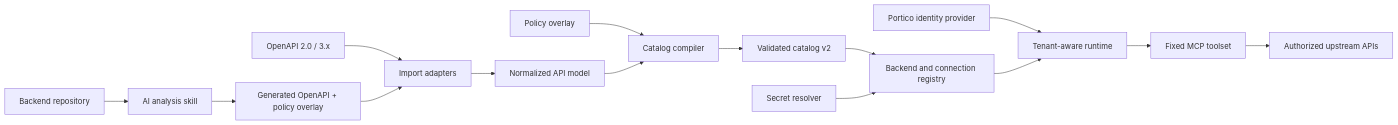
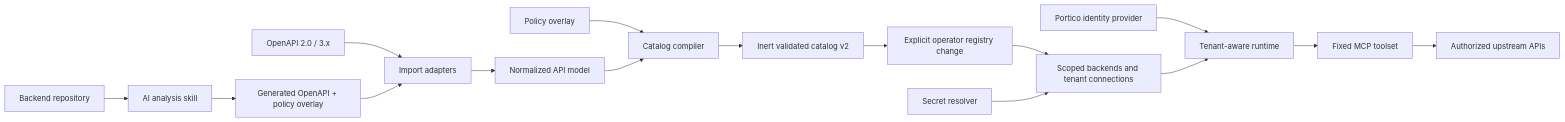
One commit to yashcodelabs/mcp-portico changed the diagram in docs/mcp-portico-implementation-plan.md. Above: the diagram before and after it, drawn with Mermaid. The commit also changed other lines of this file, not shown here.

Commit message:
Refine Phase 3 plan with multi-tenant ownership invariants

````diff
--- a/docs/mcp-portico-implementation-plan.md
+++ b/docs/mcp-portico-implementation-plan.md
@@ -80,17 +102,18 @@
 ```mermaid
 flowchart LR
     OA["OpenAPI 2.0 / 3.x"] --> IM["Import adapters"]
     REPO["Backend repository"] --> AI["AI analysis skill"]
     AI --> OA2["Generated OpenAPI + policy overlay"]
     OA2 --> IM
     IM --> IR["Normalized API model"]
     POL["Policy overlay"] --> COMP["Catalog compiler"]
     IR --> COMP
-    COMP --> CAT["Validated catalog v2"]
-    CAT --> REG["Backend and connection registry"]
+    COMP --> CAT["Inert validated catalog v2"]
+    CAT --> OP["Explicit operator registry change"]
+    OP --> REG["Scoped backends and tenant connections"]
     SEC["Secret resolver"] --> REG
     IDP["Portico identity provider"] --> RT["Tenant-aware runtime"]
     REG --> RT
     RT --> MCP["Fixed MCP toolset"]
     MCP --> UP["Authorized upstream APIs"]
 ```
````
